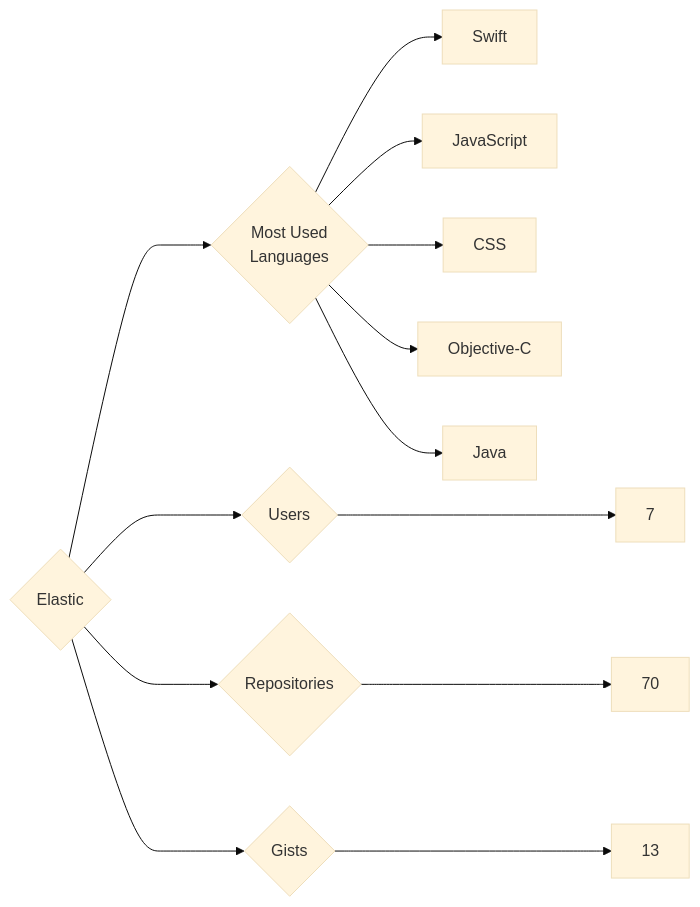
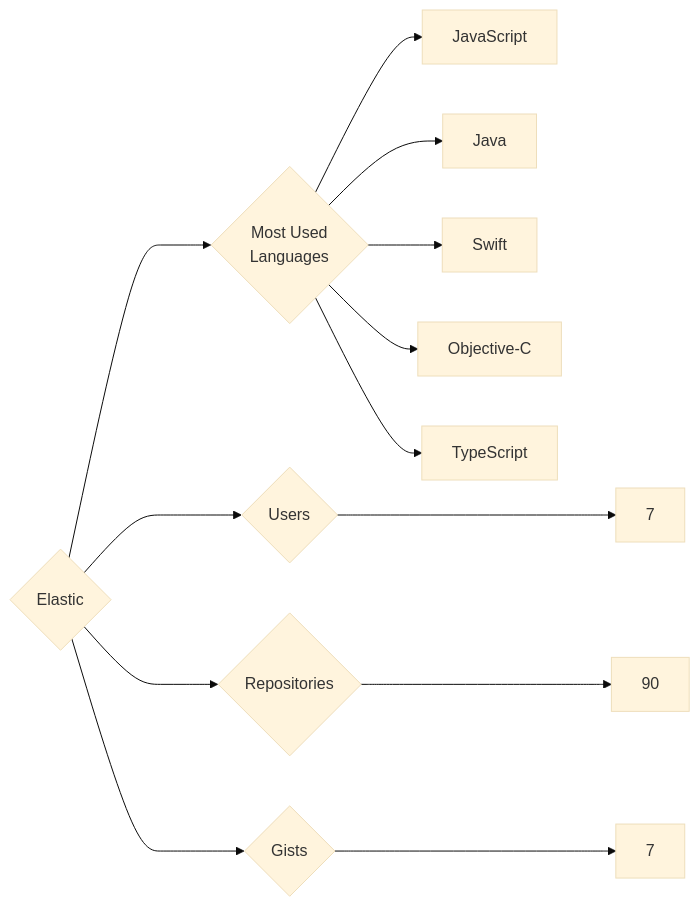
Before and after one commit to trickest/insiders: the diagram in targets/Elastic/README.md, drawn with Mermaid (base theme). The commit also changed 1166 other files, not shown here.

````diff
--- a/targets/Elastic/README.md
+++ b/targets/Elastic/README.md
@@ -3,13 +3,13 @@
 ```mermaid
 graph LR
 COMPANY_NAME{Elastic}
 COMPANY_NAME ---> U{Users} ---> UN[7]
-COMPANY_NAME ---> R{Repositories} ---> RN[70]
-COMPANY_NAME ---> G{Gists} ---> GN[13]
+COMPANY_NAME ---> R{Repositories} ---> RN[90]
+COMPANY_NAME ---> G{Gists} ---> GN[7]
 COMPANY_NAME ---> ML{Most Used<br>Languages}
+ML --> JavaScript[JavaScript]
+ML --> Java[Java]
 ML --> Swift[Swift]
-ML --> JavaScript[JavaScript]
-ML --> CSS[CSS]
 ML --> Objective-C[Objective-C]
-ML --> Java[Java]
+ML --> TypeScript[TypeScript]
 ```
````
